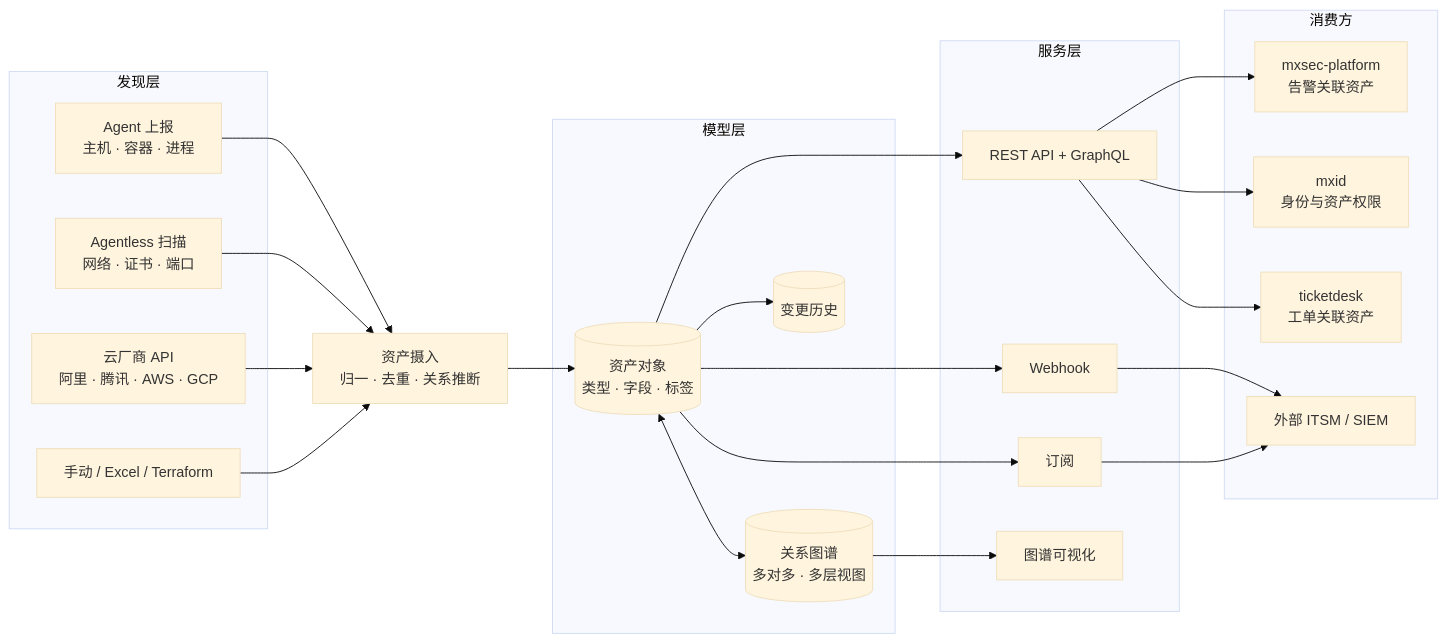
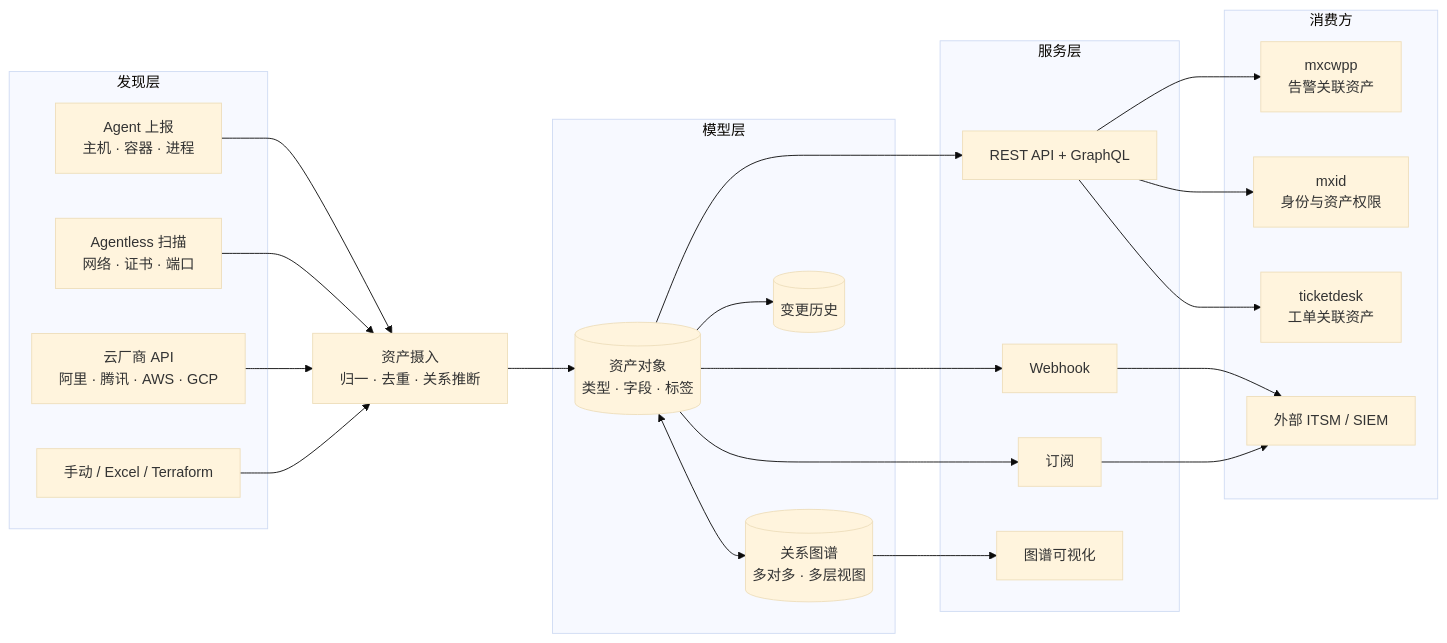
The diagram in content/chinese/products/mxcmdb.md (matrixplusio/mxsite), drawn with Mermaid (base theme) before and after one commit. The commit also changed other lines of this file and 39 other files, not shown here.

First line of the commit message:
refactor: rename product mxsec-platform to mxcwpp

```diff
--- a/content/chinese/products/mxcmdb.md
+++ b/content/chinese/products/mxcmdb.md
@@ -28,51 +28,51 @@
 {{< mermaid >}}
 graph LR
   subgraph DISC[发现层]
     AG[Agent 上报<br/>主机 · 容器 · 进程]
     SCAN[Agentless 扫描<br/>网络 · 证书 · 端口]
     CLOUD[云厂商 API<br/>阿里 · 腾讯 · AWS · GCP]
     MAN[手动 / Excel / Terraform]
   end
 
   AG --> ING
   SCAN --> ING
   CLOUD --> ING
   MAN --> ING
 
   ING[资产摄入<br/>归一 · 去重 · 关系推断]
 
   subgraph MODEL[模型层]
     ASSET[(资产对象<br/>类型 · 字段 · 标签)]
     REL[(关系图谱<br/>多对多 · 多层视图)]
     HIST[(变更历史)]
   end
 
   ING --> ASSET
   ASSET <--> REL
   ASSET --> HIST
 
   subgraph SVC[服务层]
     API[REST API + GraphQL]
     HOOK[Webhook]
     SUB[订阅]
     VIZ[图谱可视化]
   end
 
   ASSET --> API
   REL --> VIZ
   ASSET --> HOOK
   ASSET --> SUB
 
   subgraph CON[消费方]
-    MXSEC[mxsec-platform<br/>告警关联资产]
+    MXSEC[mxcwpp<br/>告警关联资产]
     MXID[mxid<br/>身份与资产权限]
     TICKET[ticketdesk<br/>工单关联资产]
     EXT[外部 ITSM / SIEM]
   end
 
   API --> MXSEC
   API --> MXID
   API --> TICKET
   HOOK --> EXT
   SUB --> EXT
 {{< /mermaid >}}
```
